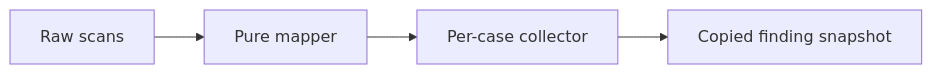
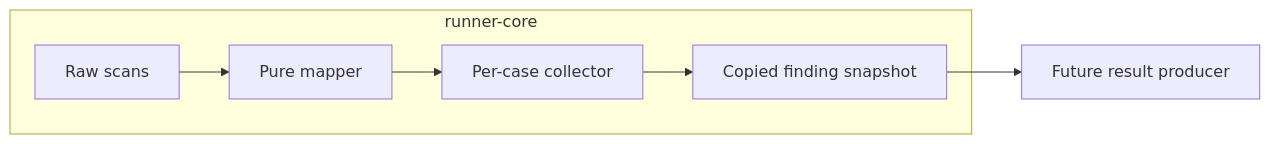
One commit to Scott-D-Hodgson/stagehand changed the diagram in Learning Plan/Packages/runner-core/Lessons/09-accessibility-evidence.md. Above: the diagram before and after it, drawn with Mermaid. The commit also changed other lines of this file and 50 other files, not shown here.

````diff
--- a/Learning Plan/Packages/runner-core/Lessons/09-accessibility-evidence.md
+++ b/Learning Plan/Packages/runner-core/Lessons/09-accessibility-evidence.md
@@ -9,6 +9,9 @@
 ```mermaid
 flowchart LR
-    R[Raw scans] --> M[Pure mapper]
-    M --> C[Per-case collector]
-    C --> F[Copied finding snapshot]
+    subgraph R[runner-core]
+        S[Raw scans] --> M[Pure mapper]
+        M --> C[Per-case collector]
+        C --> F[Copied finding snapshot]
+    end
+    F --> O[Future result producer]
 ```
````
